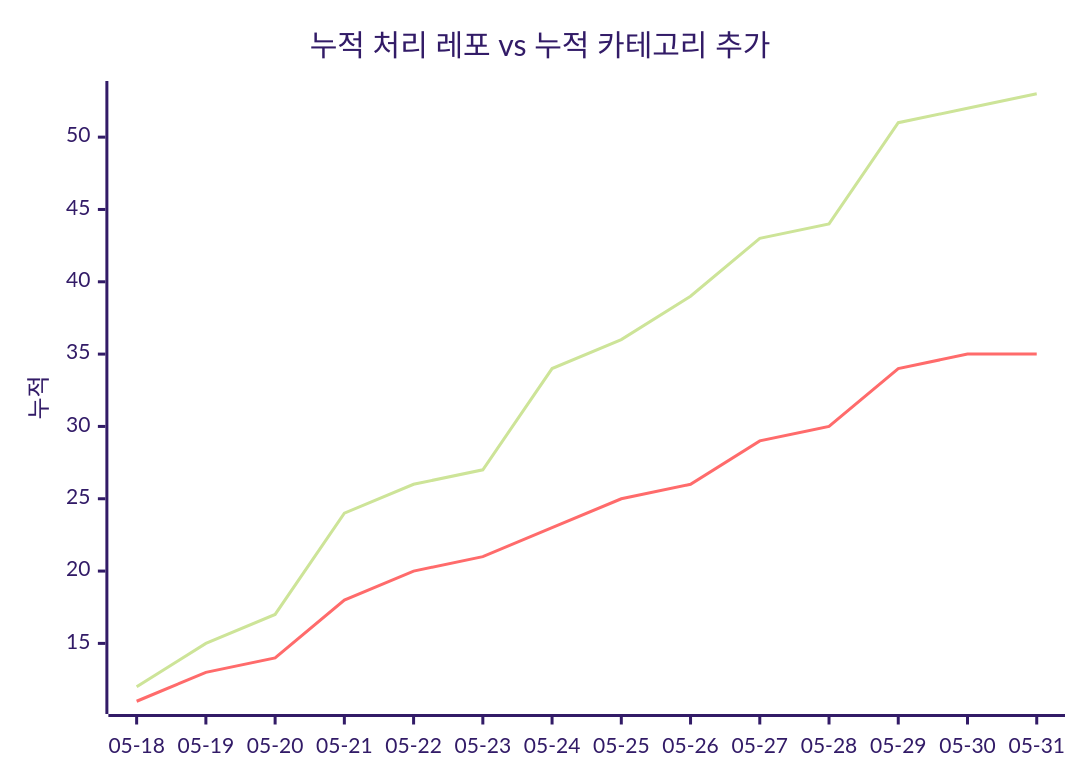
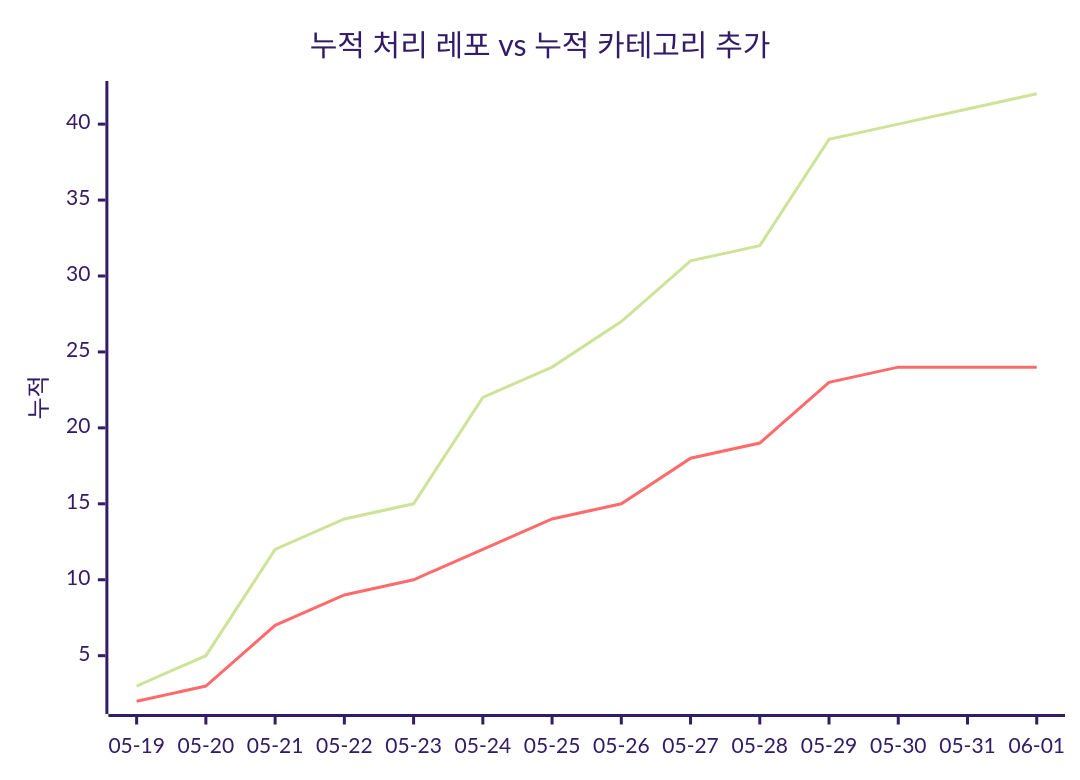
One commit to J-nowcow/awesome-korean-agent-skills changed the second of 2 diagrams in docs/trends.md. Above: the diagram before and after it, drawn with Mermaid (forest theme). The commit also changed other lines of this file and 27 other files, not shown here.

````diff
--- a/docs/trends.md
+++ b/docs/trends.md
@@ -68,8 +68,8 @@
 ```mermaid
 xychart-beta
     title "누적 처리 레포 vs 누적 카테고리 추가"
-    x-axis ["05-18","05-19","05-20","05-21","05-22","05-23","05-24","05-25","05-26","05-27","05-28","05-29","05-30","05-31"]
+    x-axis ["05-19","05-20","05-21","05-22","05-23","05-24","05-25","05-26","05-27","05-28","05-29","05-30","05-31","06-01"]
     y-axis "누적"
-    line [12,15,17,24,26,27,34,36,39,43,44,51,52,53]
-    line [11,13,14,18,20,21,23,25,26,29,30,34,35,35]
+    line [3,5,12,14,15,22,24,27,31,32,39,40,41,42]
+    line [2,3,7,9,10,12,14,15,18,19,23,24,24,24]
 ```
````
